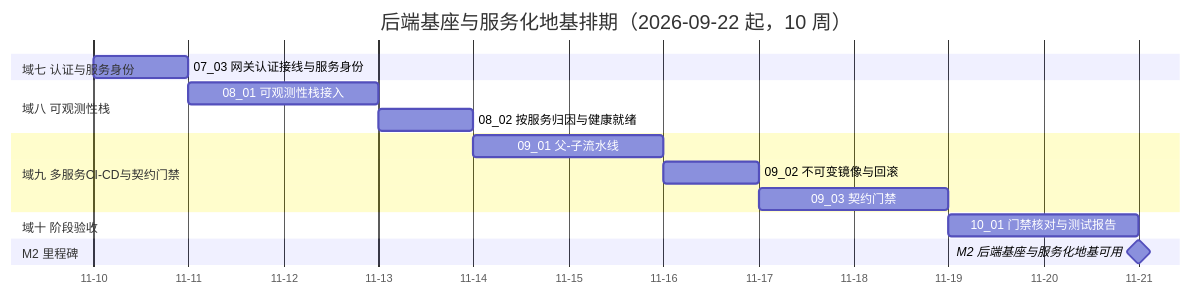
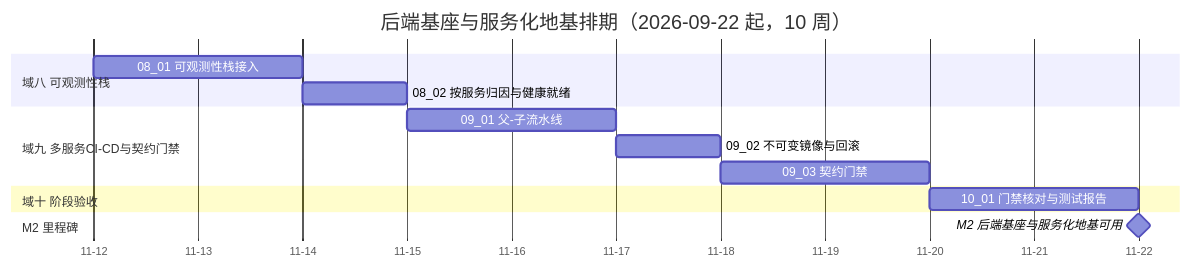
One commit to minjian123/basic-management-system changed the diagram in bms文档/项目/02_后端基座与服务化地基/计划/01_计划_后端基座与服务化地基.md. Above: the diagram before and after it, drawn with Mermaid. The commit also changed other lines of this file and 12 other files, not shown here.

````diff
--- a/bms文档/项目/02_后端基座与服务化地基/计划/01_计划_后端基座与服务化地基.md
+++ b/bms文档/项目/02_后端基座与服务化地基/计划/01_计划_后端基座与服务化地基.md
@@ -58,19 +58,17 @@
 ```mermaid
 gantt
     title 后端基座与服务化地基排期（2026-09-22 起，10 周）
     dateFormat  YYYY-MM-DD
     axisFormat %m-%d
-    section 域七 认证与服务身份
-    07_03 网关认证接线与服务身份 :a0703, 2026-11-10, 1d
     section 域八 可观测性栈
-    08_01 可观测性栈接入 :a0801, after a0703, 2d
+    08_01 可观测性栈接入 :a0801, 2026-11-12, 2d
     08_02 按服务归因与健康就绪 :a0802, after a0801, 1d
     section 域九 多服务CI-CD与契约门禁
     09_01 父-子流水线 :a0901, after a0802, 2d
     09_02 不可变镜像与回滚 :a0902, after a0901, 1d
     09_03 契约门禁 :a0903, after a0902, 2d
     section 域十 阶段验收
     10_01 门禁核对与测试报告 :a1001, after a0903, 2d
     section M2 里程碑
     M2 后端基座与服务化地基可用 :milestone, mm2, after a1001, 0d
 ```
````
